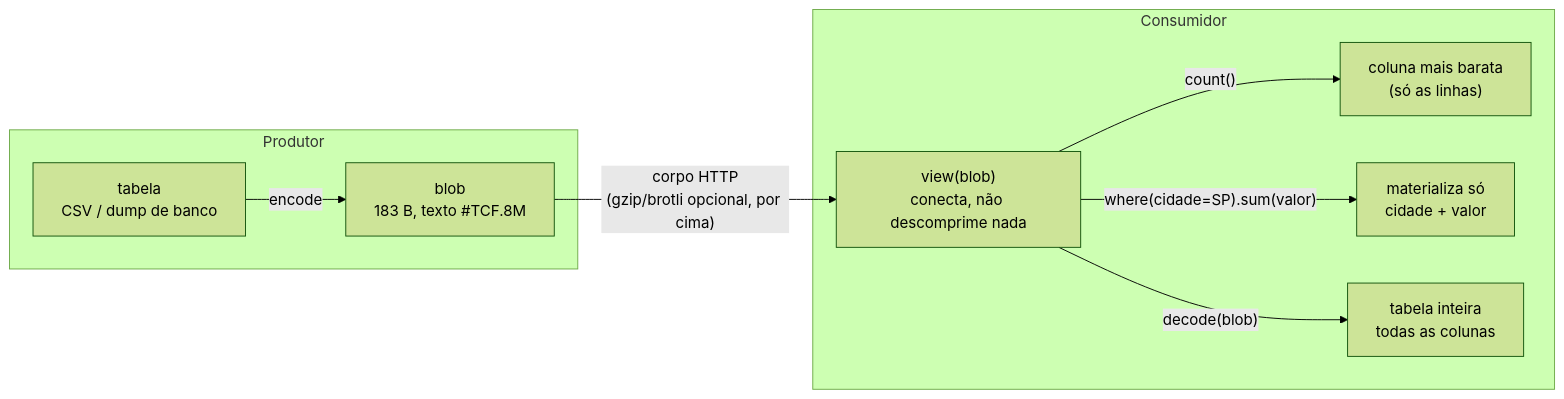
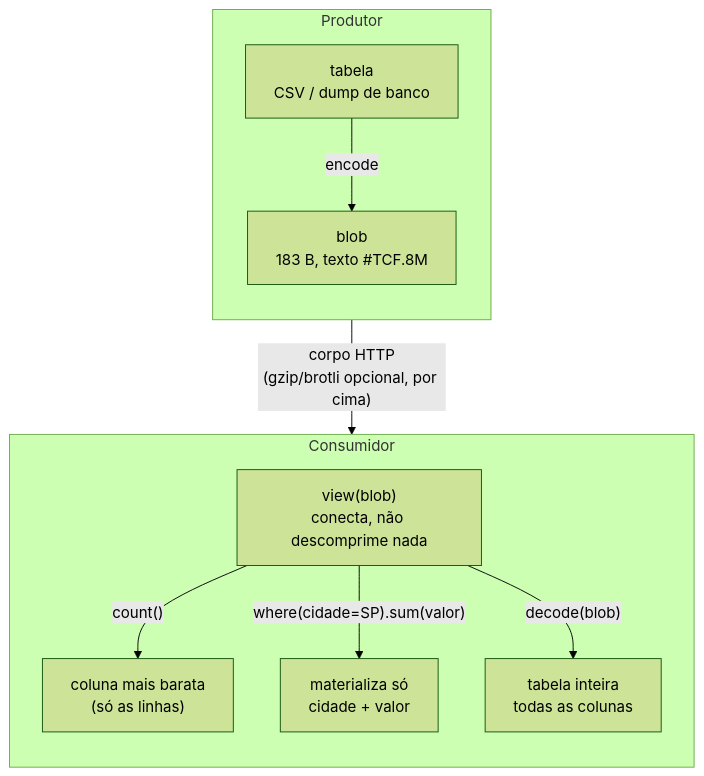
One commit to LeoPR/TCF changed the diagram in README.pt-BR.md. Above: the diagram before and after it, drawn with Mermaid (forest theme). The commit also changed other lines of this file and 2 other files, not shown here.

````diff
--- a/README.pt-BR.md
+++ b/README.pt-BR.md
@@ -522,12 +532,14 @@
 ```mermaid
-flowchart LR
+flowchart TB
     subgraph Produtor
+        direction TB
         A[tabela<br/>CSV / dump de banco] -->|encode| B["blob<br/>183 B, texto #TCF.8M"]
     end
     B -->|"corpo HTTP<br/>(gzip/brotli opcional, por cima)"| C
     subgraph Consumidor
+        direction TB
         C["view(blob)<br/>conecta, não descomprime nada"] -->|"count()"| D["coluna mais barata<br/>(só as linhas)"]
         C -->|"where(cidade=SP).sum(valor)"| E["materializa só<br/>cidade + valor"]
         C -->|"decode(blob)"| F[tabela inteira<br/>todas as colunas]
     end
 ```
````
